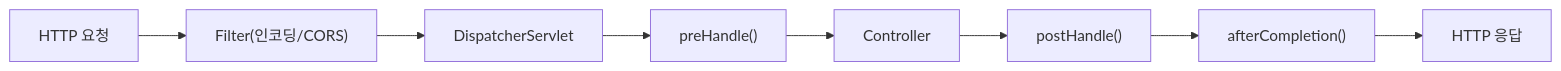
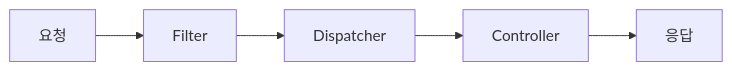
The seventh of 14 diagrams in _posts/spring/2026-05-02-spring-mvc-deep.md (yjkim2015/yjkim2015.github.io), drawn with Mermaid before and after one commit. The commit also changed other lines of this file and 163 other files, not shown here.

First line of the commit message:
Mermaid 300개 블록 내용 축소: 5노드 5엣지 이하, 의미 있는 약어

````diff
--- a/_posts/spring/2026-05-02-spring-mvc-deep.md
+++ b/_posts/spring/2026-05-02-spring-mvc-deep.md
@@ -413,10 +403,7 @@
 ```mermaid
 graph LR
-    A["HTTP 요청"] --> B["Filter(인코딩/CORS)"]
-    B --> C["DispatcherServlet"]
-    C --> D["preHandle()"]
-    D --> E["Controller"]
-    E --> F["postHandle()"]
-    F --> G["afterCompletion()"]
-    G --> H["HTTP 응답"]
+    A[요청] --> B[Filter]
+    B --> C[Dispatcher]
+    C --> D[Controller]
+    D --> E[응답]
 ```
````
